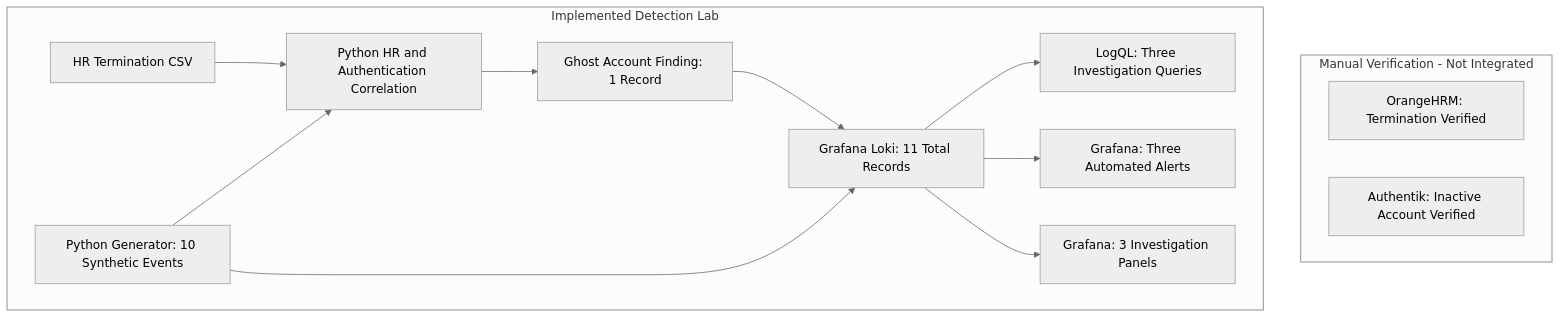
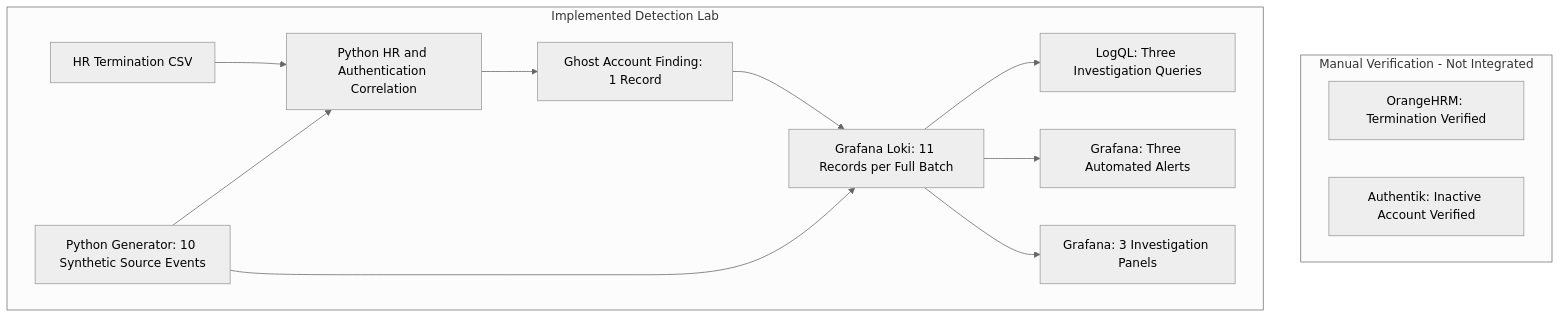
One commit to sososimple-cmd/identity-threat-detection-lab changed the diagram in README.md. Above: the diagram before and after it, drawn with Mermaid (neutral theme). The commit also changed other lines of this file, not shown here.

````diff
--- a/README.md
+++ b/README.md
@@ -56,27 +56,27 @@
 ```mermaid
 flowchart TB
     subgraph CONTEXT["Manual Verification - Not Integrated"]
         ORANGE["OrangeHRM: Termination Verified"]
         AUTH["Authentik: Inactive Account Verified"]
     end
 
     subgraph LAB["Implemented Detection Lab"]
         HR["HR Termination CSV"]
-        GEN["Python Generator: 10 Synthetic Events"]
+        GEN["Python Generator: 10 Synthetic Source Events"]
         CORR["Python HR and Authentication Correlation"]
         FIND["Ghost Account Finding: 1 Record"]
-        LOKI["Grafana Loki: 11 Total Records"]
+        LOKI["Grafana Loki: 11 Records per Full Batch"]
         HUNTS["LogQL: Three Investigation Queries"]
         ALERT["Grafana: Three Automated Alerts"]
         DASH["Grafana: 3 Investigation Panels"]
 
         HR --> CORR
         GEN --> CORR
         CORR --> FIND
         GEN --> LOKI
         FIND --> LOKI
         LOKI --> HUNTS
         LOKI --> ALERT
         LOKI --> DASH
     end
 ```
````
